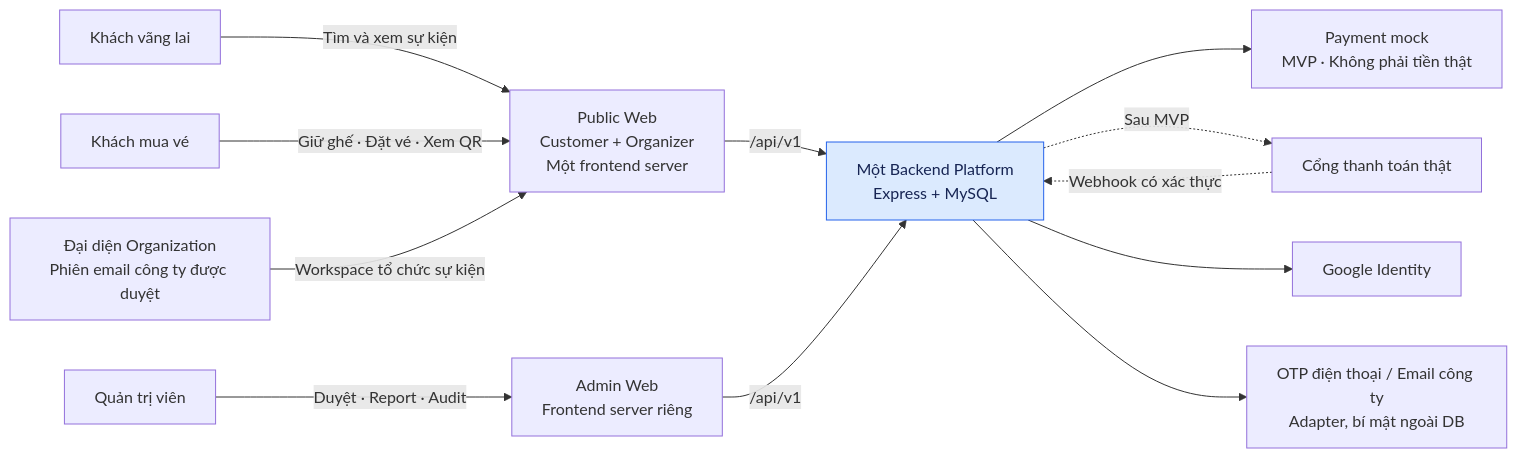
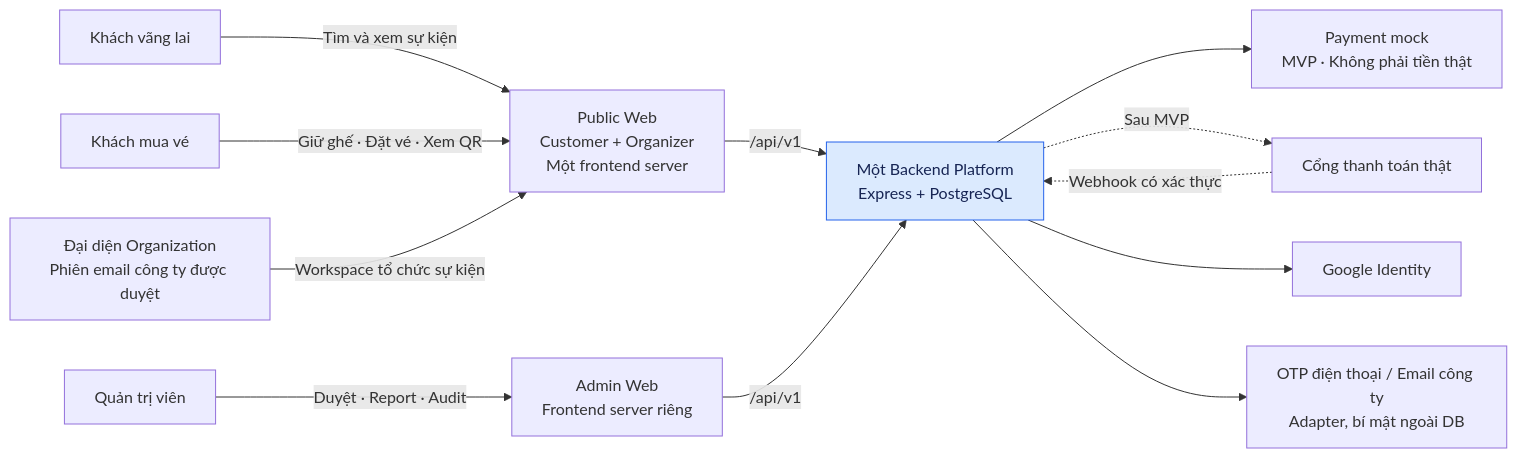
The diagram in Docs/diagrams/01-system-context.mmd (TienTrn05/Event_booking_ticket), drawn with Mermaid before and after one commit. The commit also changed 180 other files, not shown here.

```diff
--- a/Docs/diagrams/01-system-context.mmd
+++ b/Docs/diagrams/01-system-context.mmd
@@ -1,14 +1,14 @@
 flowchart LR
     G["Khách vãng lai"] -->|"Tìm và xem sự kiện"| PUBLIC
     C["Khách mua vé"] -->|"Giữ ghế · Đặt vé · Xem QR"| PUBLIC
     O["Đại diện Organization<br/>Phiên email công ty được duyệt"] -->|"Workspace tổ chức sự kiện"| PUBLIC
     A["Quản trị viên"] -->|"Duyệt · Report · Audit"| ADMIN
     PUBLIC["Public Web<br/>Customer + Organizer<br/>Một frontend server"] -->|"/api/v1"| API
     ADMIN["Admin Web<br/>Frontend server riêng"] -->|"/api/v1"| API
-    API["Một Backend Platform<br/>Express + MySQL"] --> M["Payment mock<br/>MVP · Không phải tiền thật"]
+    API["Một Backend Platform<br/>Express + PostgreSQL"] --> M["Payment mock<br/>MVP · Không phải tiền thật"]
     API -.->|"Sau MVP"| R["Cổng thanh toán thật"]
     R -.->|"Webhook có xác thực"| API
     API --> GID["Google Identity"]
     API --> E["OTP điện thoại / Email công ty<br/>Adapter, bí mật ngoài DB"]
     classDef core fill:#dbeafe,stroke:#2563eb,color:#172554
     class API core
```
